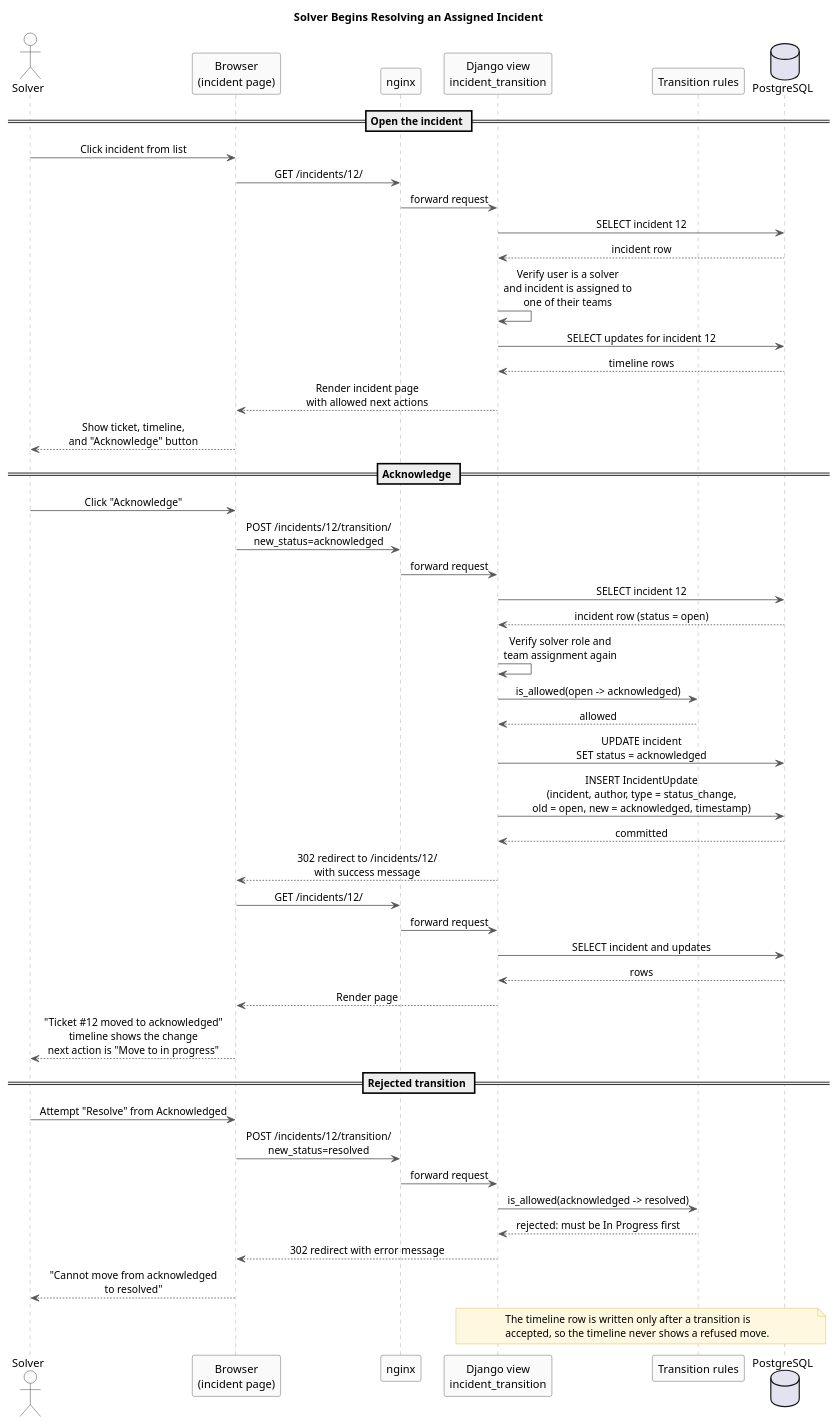
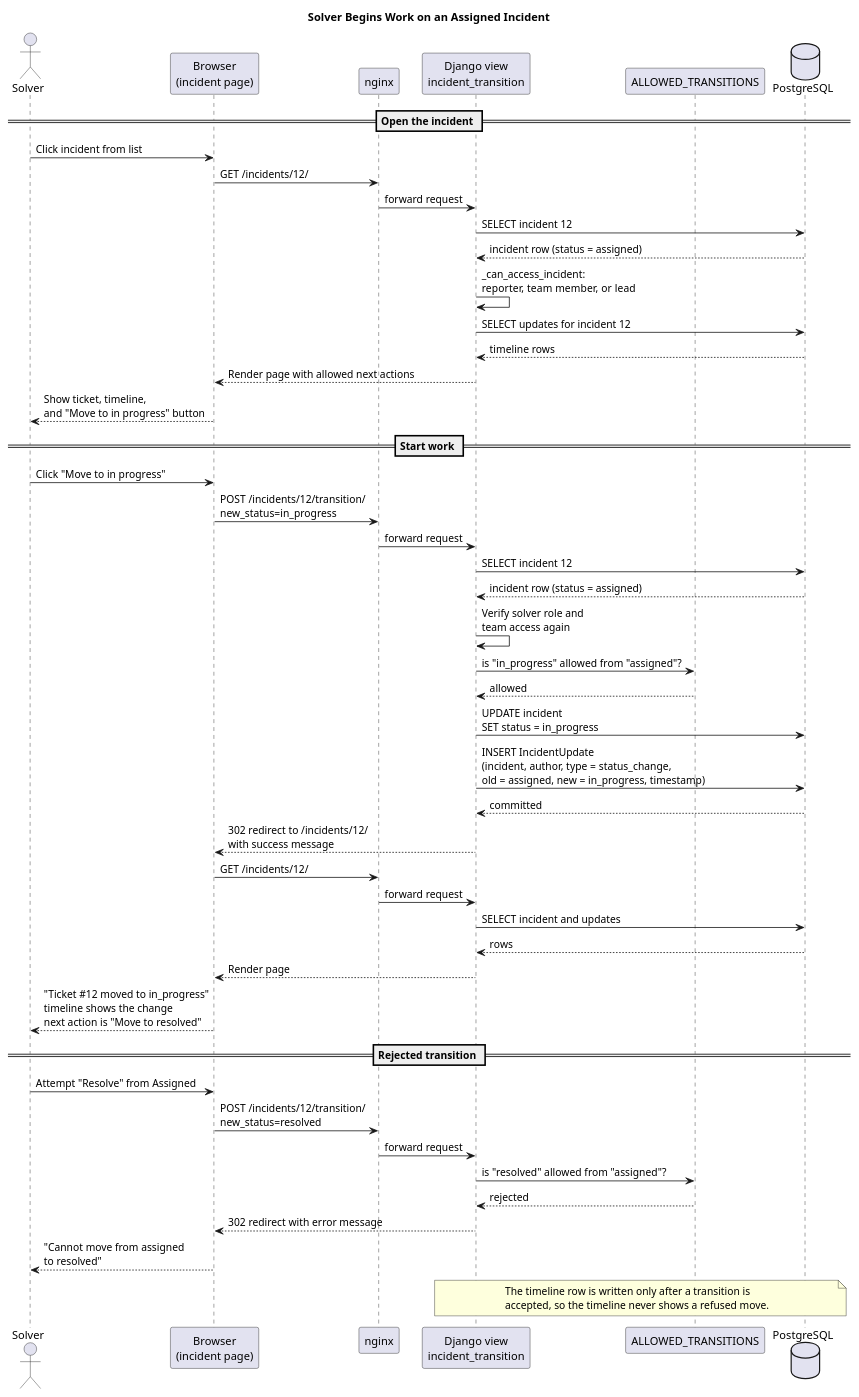
One commit to ZiedRbd/COSC-3339-Fall-2026-Term-Project changed the diagram in docs/solver-sequence.puml. Above: the diagram before and after it, drawn with PlantUML. The commit also changed 6 other files, not shown here.

Commit message:
Seed a service with no owning team; bring README and diagrams up to Sprint 3

```diff
--- a/docs/solver-sequence.puml
+++ b/docs/solver-sequence.puml
@@ -1,72 +1,56 @@
-@startuml Solver Begins Work
-skinparam shadowing false
-skinparam sequenceMessageAlign center
-skinparam sequence {
-  ArrowColor #555555
-  LifeLineBorderColor #999999
-  ParticipantBackgroundColor #FAFAFA
-  ParticipantBorderColor #444444
-  ActorBackgroundColor #FAFAFA
-  FontName Helvetica
-}
-skinparam noteBackgroundColor #FFF8E1
-skinparam noteBorderColor #D4AF37
-
-title Solver Begins Resolving an Assigned Incident
+@startuml
+title Solver Begins Work on an Assigned Incident
 
 actor Solver
 participant "Browser\n(incident page)" as Browser
 participant "nginx" as Nginx
 participant "Django view\nincident_transition" as View
-participant "Transition rules" as Rules
+participant "ALLOWED_TRANSITIONS" as Rules
 database "PostgreSQL" as DB
 
 == Open the incident ==
 Solver -> Browser : Click incident from list
 Browser -> Nginx : GET /incidents/12/
 Nginx -> View : forward request
 View -> DB : SELECT incident 12
-DB --> View : incident row
-View -> View : Verify user is a solver\nand incident is assigned to\none of their teams
+DB --> View : incident row (status = assigned)
+View -> View : _can_access_incident:\nreporter, team member, or lead
 View -> DB : SELECT updates for incident 12
 DB --> View : timeline rows
-View --> Browser : Render incident page\nwith allowed next actions
-Browser --> Solver : Show ticket, timeline,\nand "Acknowledge" button
+View --> Browser : Render page with allowed next actions
+Browser --> Solver : Show ticket, timeline,\nand "Move to in progress" button
 
-== Acknowledge ==
-Solver -> Browser : Click "Acknowledge"
-Browser -> Nginx : POST /incidents/12/transition/\nnew_status=acknowledged
+== Start work ==
+Solver -> Browser : Click "Move to in progress"
+Browser -> Nginx : POST /incidents/12/transition/\nnew_status=in_progress
 Nginx -> View : forward request
 View -> DB : SELECT incident 12
-DB --> View : incident row (status = open)
-View -> View : Verify solver role and\nteam assignment again
-View -> Rules : is_allowed(open -> acknowledged)
+DB --> View : incident row (status = assigned)
+View -> View : Verify solver role and\nteam access again
+View -> Rules : is "in_progress" allowed from "assigned"?
 Rules --> View : allowed
-
-View -> DB : UPDATE incident\nSET status = acknowledged
-View -> DB : INSERT IncidentUpdate\n(incident, author, type = status_change,\nold = open, new = acknowledged, timestamp)
+View -> DB : UPDATE incident\nSET status = in_progress
+View -> DB : INSERT IncidentUpdate\n(incident, author, type = status_change,\nold = assigned, new = in_progress, timestamp)
 DB --> View : committed
-
 View --> Browser : 302 redirect to /incidents/12/\nwith success message
 Browser -> Nginx : GET /incidents/12/
 Nginx -> View : forward request
 View -> DB : SELECT incident and updates
 DB --> View : rows
 View --> Browser : Render page
-Browser --> Solver : "Ticket #12 moved to acknowledged"\ntimeline shows the change\nnext action is "Move to in progress"
+Browser --> Solver : "Ticket #12 moved to in_progress"\ntimeline shows the change\nnext action is "Move to resolved"
 
 == Rejected transition ==
-Solver -> Browser : Attempt "Resolve" from Acknowledged
+Solver -> Browser : Attempt "Resolve" from Assigned
 Browser -> Nginx : POST /incidents/12/transition/\nnew_status=resolved
 Nginx -> View : forward request
-View -> Rules : is_allowed(acknowledged -> resolved)
-Rules --> View : rejected: must be In Progress first
+View -> Rules : is "resolved" allowed from "assigned"?
+Rules --> View : rejected
 View --> Browser : 302 redirect with error message
-Browser --> Solver : "Cannot move from acknowledged\nto resolved"
+Browser --> Solver : "Cannot move from assigned\nto resolved"
 
 note over View, DB
   The timeline row is written only after a transition is
   accepted, so the timeline never shows a refused move.
 end note
-
 @enduml
```
